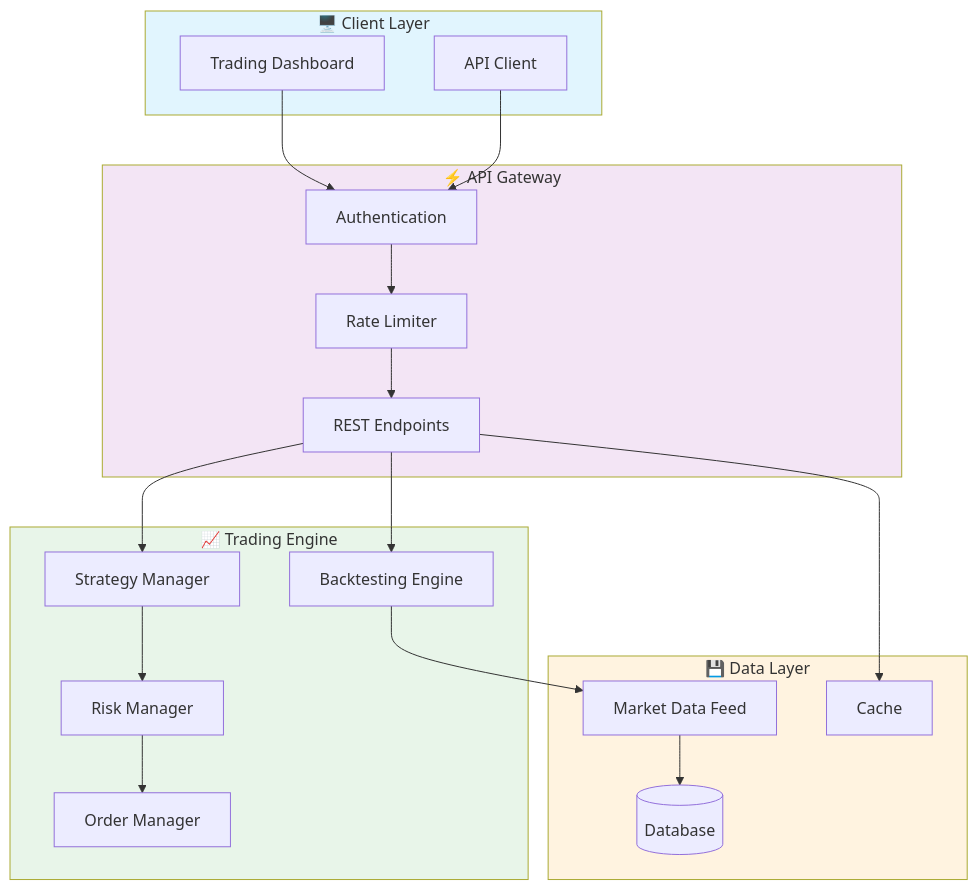
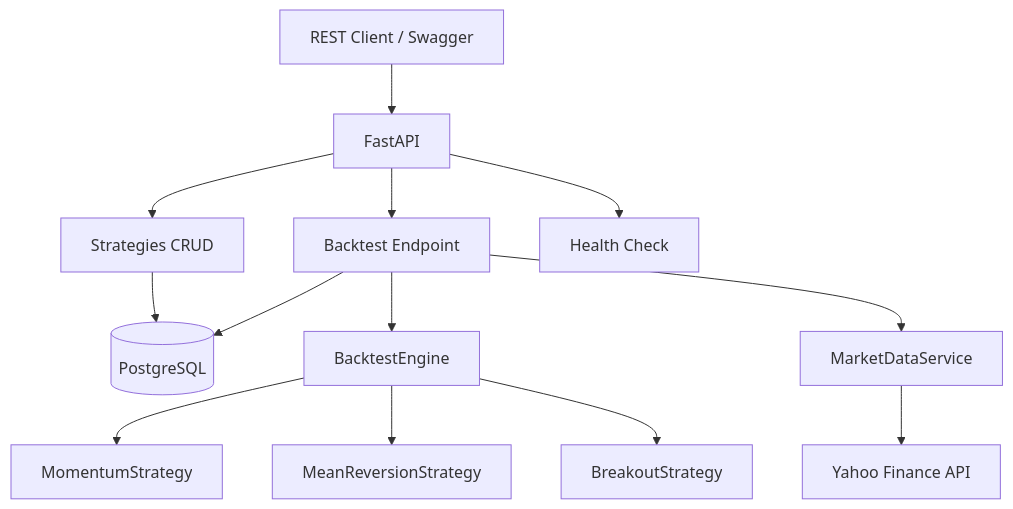
One commit to galafis/quantitative-trading-engine changed the second of 2 diagrams in README.md. Above: the diagram before and after it, drawn with Mermaid. The commit also changed other lines of this file and 15 other files, not shown here.

````diff
--- a/README.md
+++ b/README.md
@@ -335,41 +195,15 @@
 ```mermaid
-graph TB
-    subgraph Client["🖥️ Client Layer"]
-        A[Trading Dashboard]
-        B[API Client]
-    end
-    
-    subgraph API["⚡ API Gateway"]
-        C[Authentication]
-        D[Rate Limiter]
-        E[REST Endpoints]
-    end
-    
-    subgraph Engine["📈 Trading Engine"]
-        F[Strategy Manager]
-        G[Backtesting Engine]
-        H[Risk Manager]
-        I[Order Manager]
-    end
-    
-    subgraph Data["💾 Data Layer"]
-        J[Market Data Feed]
-        K[(Database)]
-        L[Cache]
-    end
-    
-    A --> C
-    B --> C
-    C --> D --> E
-    E --> F
-    E --> G
-    F --> H --> I
-    G --> J
-    J --> K
-    E --> L
-    
-    style Client fill:#e1f5fe
-    style API fill:#f3e5f5
-    style Engine fill:#e8f5e9
-    style Data fill:#fff3e0
+graph TD
+    A[REST Client / Swagger] --> B[FastAPI]
+    B --> C[Strategies CRUD]
+    B --> D[Backtest Endpoint]
+    B --> E[Health Check]
+    C --> F[(PostgreSQL)]
+    D --> G[BacktestEngine]
+    G --> H[MomentumStrategy]
+    G --> I[MeanReversionStrategy]
+    G --> J[BreakoutStrategy]
+    D --> K[MarketDataService]
+    K --> L[Yahoo Finance API]
+    D --> F
 ```
````
